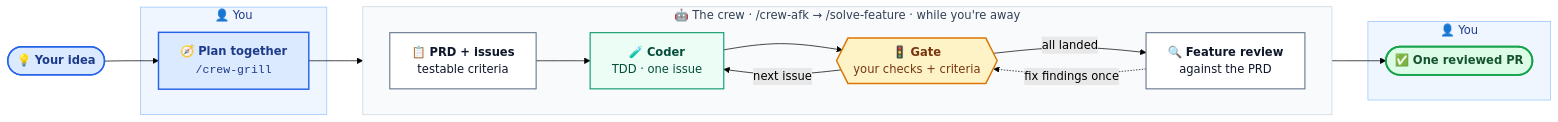
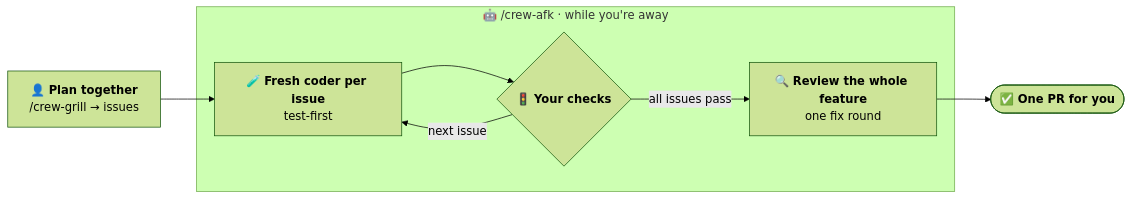
One commit to ypxing/coding-crew changed the diagram in README.md. Above: the diagram before and after it, drawn with Mermaid (forest theme). The commit also changed other lines of this file, not shown here.

Commit message:
README: a lighter, accurate How-it-works diagram; the pitch stays high level
The diagram drops its custom colours, so it follows GitHub's light or dark theme, and
issues now come from planning rather than the crew. The Build step loses the cap and
destination detail (in docs/guide.md), the bug-backlog row names one feature, and the
CLI names move to an "Agent-agnostic" bullet.

````diff
--- a/README.md
+++ b/README.md
@@ -45,40 +45,10 @@
 ```mermaid
 flowchart LR
-    idea(["💡 <b>Your idea</b>"]) --> plan
-
-    subgraph you1 ["👤 You"]
-        plan["🧭 <b>Plan together</b><br/><code>/crew-grill</code>"]
+    plan["👤 <b>Plan together</b><br/>/crew-grill → issues"] --> coder
+    subgraph away ["🤖 /crew-afk · while you're away"]
+        coder["🧪 <b>Fresh coder per issue</b><br/>test-first"] --> gate{"🚦 <b>Your checks</b>"}
+        gate -- "next issue" --> coder
+        gate -- "all issues pass" --> review["🔍 <b>Review the whole feature</b><br/>one fix round"]
     end
-
-    plan --> issues
-
-    subgraph crew ["🤖 The crew · /crew-afk → /solve-feature · while you're away"]
-        direction LR
-        issues["📋 <b>PRD + issues</b><br/>testable criteria"]
-        issues --> c1["🧪 <b>Coder</b><br/>TDD · one issue"]
-        c1 --> gate{{"🚦 <b>Gate</b><br/>your checks + criteria"}}
-        gate -- "next issue" --> c1
-        gate -- "all landed" --> review["🔍 <b>Feature review</b><br/>against the PRD"]
-        review -. "fix findings once" .-> gate
-    end
-
-    review --> pr
-
-    subgraph you2 ["👤 You"]
-        pr(["✅ <b>One reviewed PR</b>"])
-    end
-
-    classDef human fill:#dbeafe,stroke:#2563eb,stroke-width:2px,color:#1e3a8a
-    classDef bot fill:#ffffff,stroke:#64748b,stroke-width:1.5px,color:#0f172a
-    classDef code fill:#ecfdf5,stroke:#059669,stroke-width:1.5px,color:#064e3b
-    classDef gate fill:#fef3c7,stroke:#d97706,stroke-width:2px,color:#78350f
-    classDef done fill:#dcfce7,stroke:#16a34a,stroke-width:2.5px,color:#14532d
-    class idea,plan human
-    class issues,review bot
-    class c1 code
-    class gate gate
-    class pr done
-    style you1 fill:#eff6ff,stroke:#93c5fd,color:#1e3a8a
-    style you2 fill:#eff6ff,stroke:#93c5fd,color:#1e3a8a
-    style crew fill:#f8fafc,stroke:#cbd5e1,color:#334155
+    review --> pr(["✅ <b>One PR for you</b>"])
 ```
````
